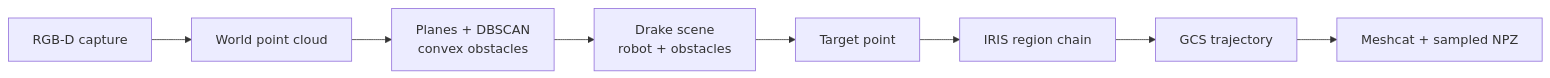
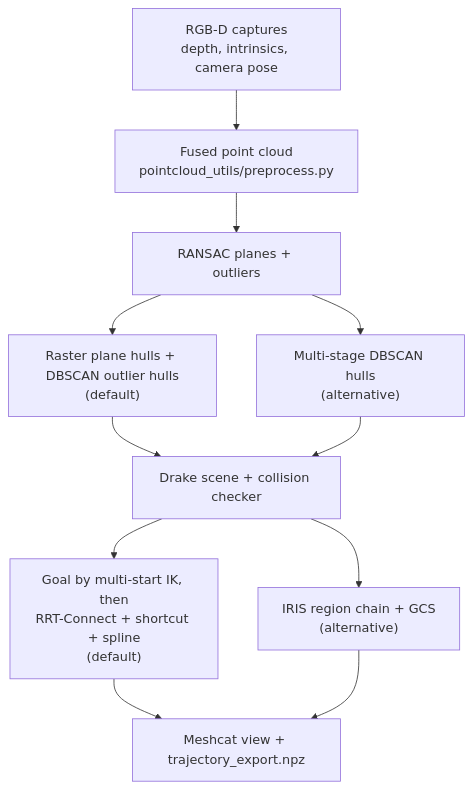
One commit to Kumaran1701/x3plus_ros2_ws changed the diagram in x3plus_drake_planner/README.md. Above: the diagram before and after it, drawn with Mermaid. The commit also changed other lines of this file and 1 other file, not shown here.

````diff
--- a/x3plus_drake_planner/README.md
+++ b/x3plus_drake_planner/README.md
@@ -13,10 +14,13 @@
 ```mermaid
-flowchart LR
-    A[RGB-D capture] --> B[World point cloud]
-    B --> C[Planes + DBSCAN<br/>convex obstacles]
-    C --> D[Drake scene<br/>robot + obstacles]
-    D --> E[Target point]
-    E --> F[IRIS region chain]
-    F --> G[GCS trajectory]
-    G --> H[Meshcat + sampled NPZ]
+flowchart TD
+    A["RGB-D captures<br/>depth, intrinsics, camera pose"] --> B["Fused point cloud<br/>pointcloud_utils/preprocess.py"]
+    B --> C["RANSAC planes + outliers"]
+    C --> D1["Raster plane hulls + DBSCAN outlier hulls<br/>(default)"]
+    C --> D2["Multi-stage DBSCAN hulls<br/>(alternative)"]
+    D1 --> E["Drake scene + collision checker"]
+    D2 --> E
+    E --> F1["Goal by multi-start IK, then<br/>RRT-Connect + shortcut + spline<br/>(default)"]
+    E --> F2["IRIS region chain + GCS<br/>(alternative)"]
+    F1 --> G["Meshcat view + trajectory_export.npz"]
+    F2 --> G
 ```
````
